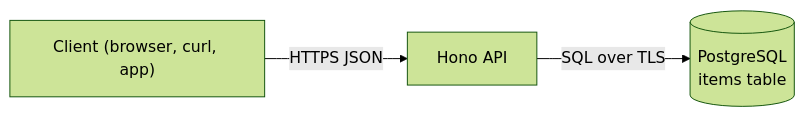
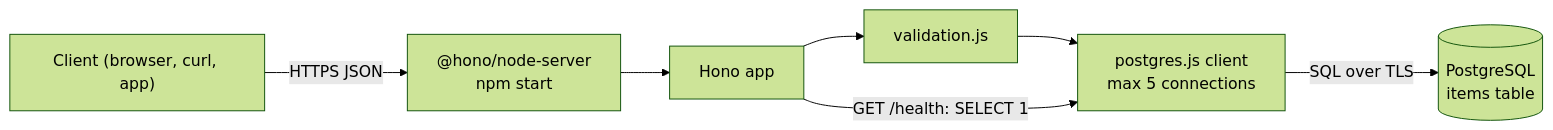
Before and after one commit to light-cloud-com/templates: the diagram in starters/crud-api-hono/README.md, drawn with Mermaid (forest theme). The commit also changed other lines of this file and 2 other files, not shown here.

First line of the commit message:
README: Hono PostgreSQL CRUD API starter landing page

````diff
--- a/starters/crud-api-hono/README.md
+++ b/starters/crud-api-hono/README.md
@@ -9,5 +119,9 @@
 ```mermaid
 flowchart LR
-    client["Client (browser, curl, app)"] -->|HTTPS JSON| api["Hono API"]
-    api -->|SQL over TLS| db[("PostgreSQL<br/>items table")]
+    client["Client (browser, curl, app)"] -->|HTTPS JSON| node["@hono/node-server<br/>npm start"]
+    node --> app["Hono app"]
+    app --> validate["validation.js"]
+    validate --> sql["postgres.js client<br/>max 5 connections"]
+    sql -->|SQL over TLS| db[("PostgreSQL<br/>items table")]
+    app -->|"GET /health: SELECT 1"| sql
 ```
````
